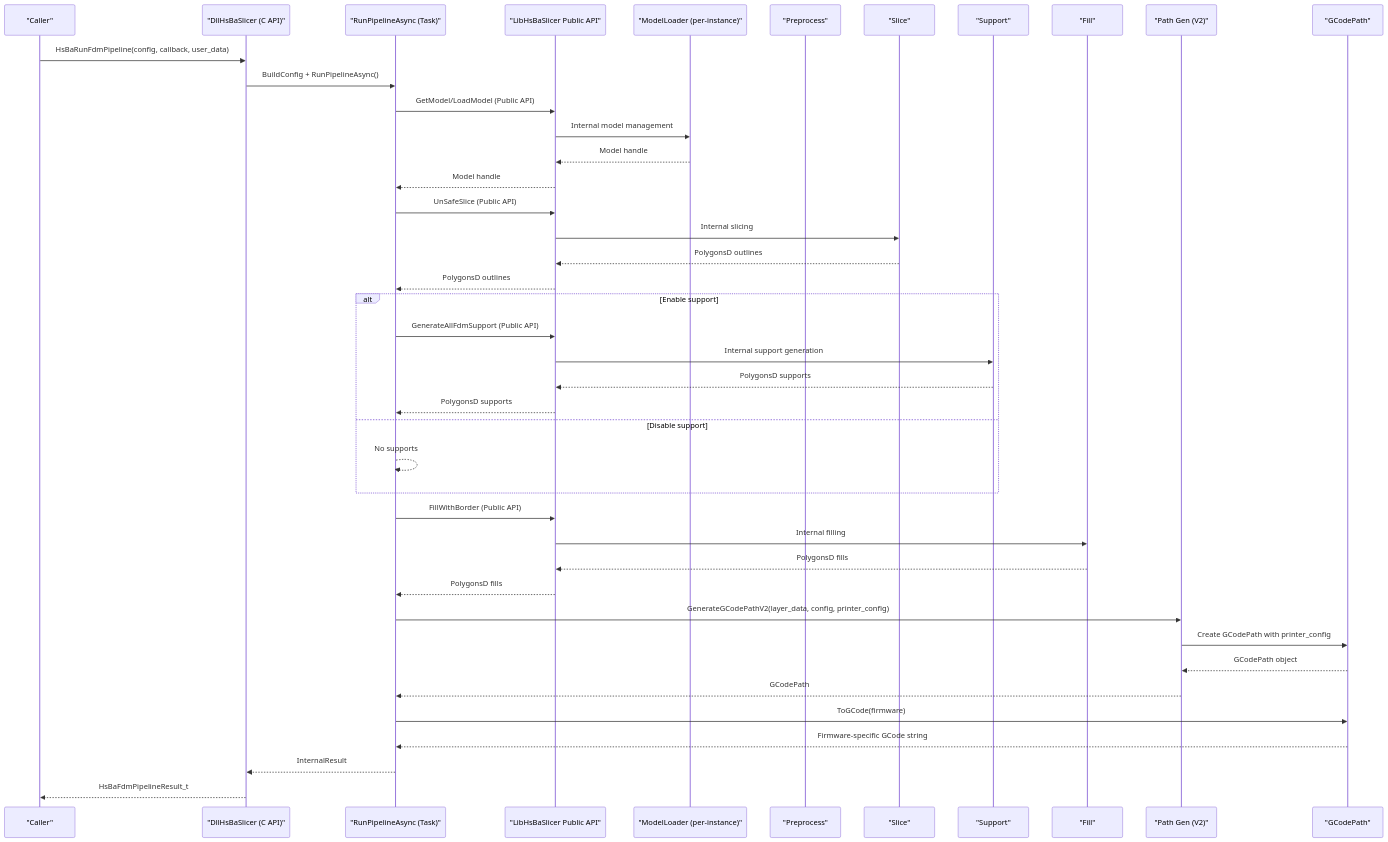
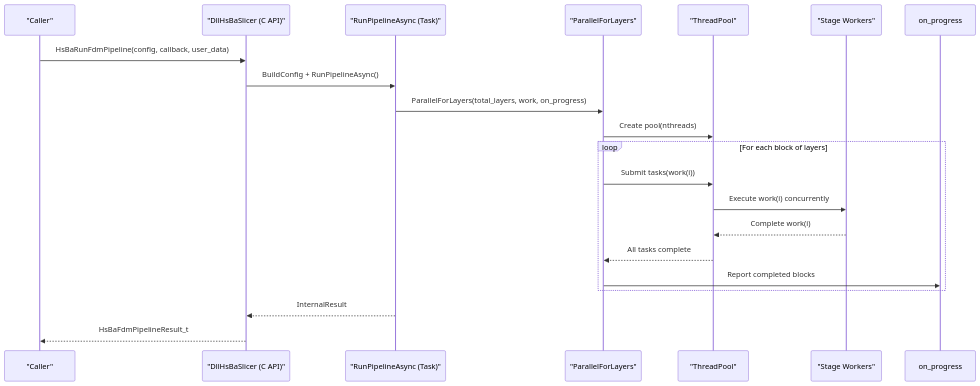
The second of 11 diagrams in .qoder/repowiki/en/content/Core Architecture/FDM Pipeline System.md (hsmbanlance/HsBaSlicer), drawn with Mermaid before and after one commit. The commit also changed other lines of this file and 20 other files, not shown here.

````diff
--- a/.qoder/repowiki/en/content/Core Architecture/FDM Pipeline System.md
+++ b/.qoder/repowiki/en/content/Core Architecture/FDM Pipeline System.md
@@ -126,44 +134,22 @@
 ```mermaid
 sequenceDiagram
 participant Caller as "Caller"
 participant CAPI as "DllHsBaSlicer (C API)"
 participant Pipeline as "RunPipelineAsync (Task)"
-participant LibAPI as "LibHsBaSlicer Public API"
-participant ModelLoader as "ModelLoader (per-instance)"
-participant Pre as "Preprocess"
-participant Slice as "Slice"
-participant Sup as "Support"
-participant Fill as "Fill"
-participant PathGen as "Path Gen (V2)"
-participant GCodePath as "GCodePath"
+participant Parallel as "ParallelForLayers"
+participant ThreadPool as "ThreadPool"
+participant Stage as "Stage Workers"
 Caller->>CAPI : HsBaRunFdmPipeline(config, callback, user_data)
 CAPI->>Pipeline : BuildConfig + RunPipelineAsync()
-Pipeline->>LibAPI : GetModel/LoadModel (Public API)
-LibAPI->>ModelLoader : Internal model management
-ModelLoader-->>LibAPI : Model handle
-LibAPI-->>Pipeline : Model handle
-Pipeline->>LibAPI : UnSafeSlice (Public API)
-LibAPI->>Slice : Internal slicing
-Slice-->>LibAPI : PolygonsD outlines
-LibAPI-->>Pipeline : PolygonsD outlines
-alt Enable support
-Pipeline->>LibAPI : GenerateAllFdmSupport (Public API)
-LibAPI->>Sup : Internal support generation
-Sup-->>LibAPI : PolygonsD supports
-LibAPI-->>Pipeline : PolygonsD supports
-else Disable support
-Pipeline-->>Pipeline : No supports
+Pipeline->>Parallel : ParallelForLayers(total_layers, work, on_progress)
+Parallel->>ThreadPool : Create pool(nthreads)
+loop For each block of layers
+Parallel->>ThreadPool : Submit tasks(work(i))
+ThreadPool->>Stage : Execute work(i) concurrently
+Stage-->>ThreadPool : Complete work(i)
+ThreadPool-->>Parallel : All tasks complete
+Parallel->>on_progress : Report completed blocks
 end
-Pipeline->>LibAPI : FillWithBorder (Public API)
-LibAPI->>Fill : Internal filling
-Fill-->>LibAPI : PolygonsD fills
-LibAPI-->>Pipeline : PolygonsD fills
-Pipeline->>PathGen : GenerateGCodePathV2(layer_data, config, printer_config)
-PathGen->>GCodePath : Create GCodePath with printer_config
-GCodePath-->>PathGen : GCodePath object
-PathGen-->>Pipeline : GCodePath
-Pipeline->>GCodePath : ToGCode(firmware)
-GCodePath-->>Pipeline : Firmware-specific GCode string
 Pipeline-->>CAPI : InternalResult
 CAPI-->>Caller : HsBaFdmPipelineResult_t
 ```
````
